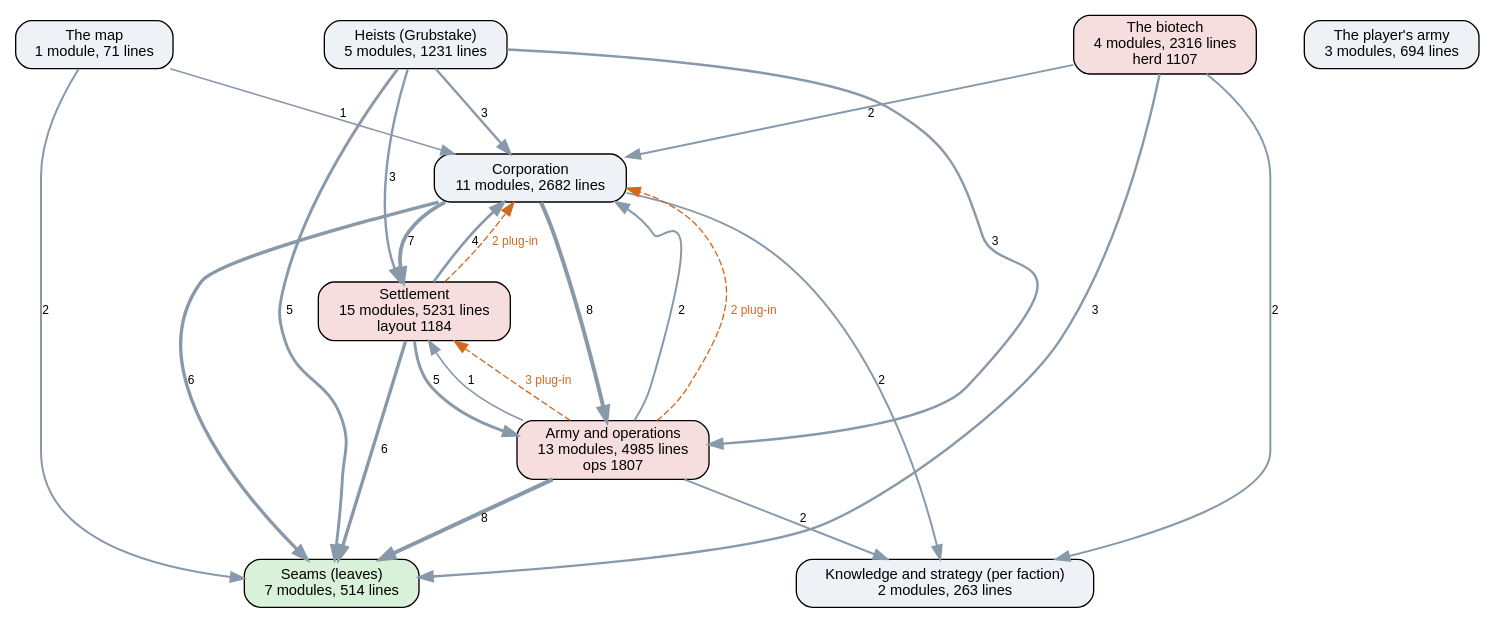
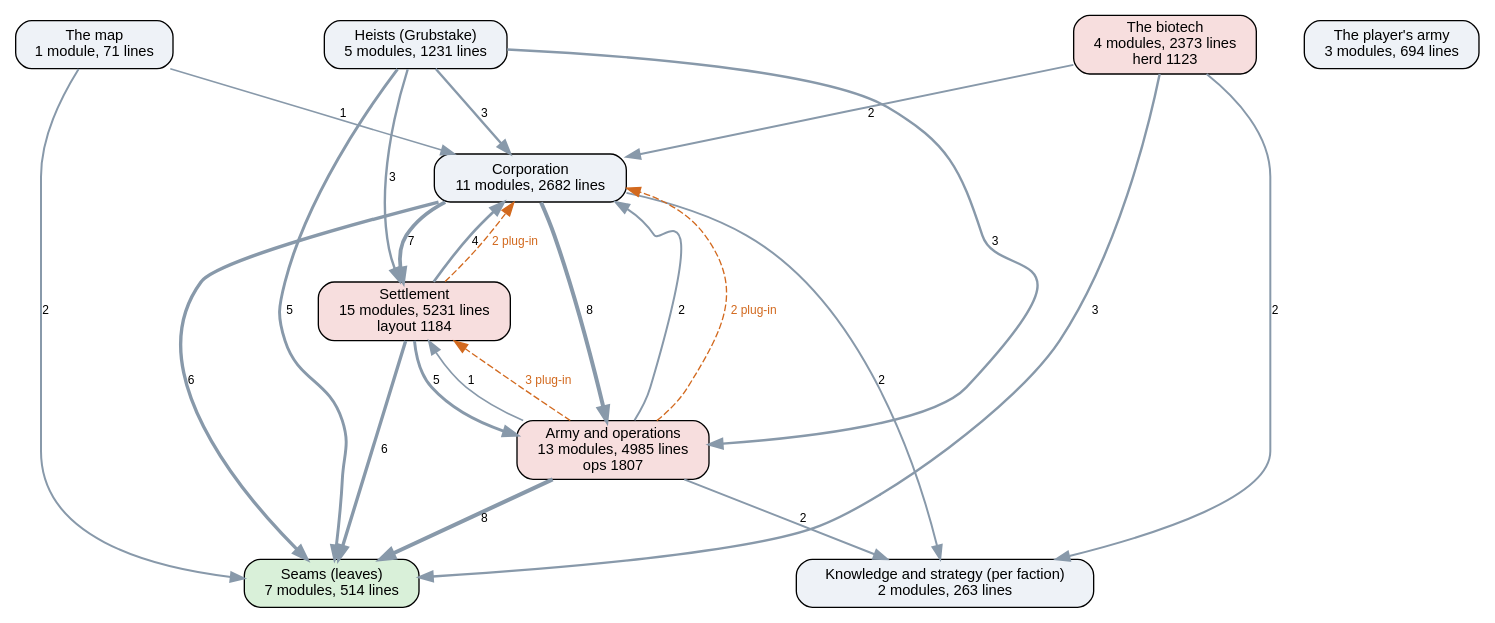
One commit to kinelhu/landing-party changed the diagram in docs/ai-layers.dot. Above: the diagram before and after it, drawn with Graphviz. The commit also changed 18 other files, not shown here.

```diff
--- a/docs/ai-layers.dot
+++ b/docs/ai-layers.dot
@@ -1,37 +1,37 @@
 digraph layers {
   graph [rankdir=TB, fontname="Helvetica", nodesep=0.5, ranksep=0.7];
   node [shape=box, style="rounded,filled", fontname="Helvetica", fontsize=11, fillcolor="#eef2f7"];
   edge [color="#8899aa", fontname="Helvetica", fontsize=9];
   "Seams (leaves)" [label="Seams (leaves)\n7 modules, 514 lines", fillcolor="#d9f0d9"];
   "Knowledge and strategy (per faction)" [label="Knowledge and strategy (per faction)\n2 modules, 263 lines", fillcolor="#eef2f7"];
   "Corporation" [label="Corporation\n11 modules, 2682 lines", fillcolor="#eef2f7"];
   "Settlement" [label="Settlement\n15 modules, 5231 lines\nlayout 1184", fillcolor="#f7dede"];
   "Army and operations" [label="Army and operations\n13 modules, 4985 lines\nops 1807", fillcolor="#f7dede"];
   "Heists (Grubstake)" [label="Heists (Grubstake)\n5 modules, 1231 lines", fillcolor="#eef2f7"];
-  "The biotech" [label="The biotech\n4 modules, 2316 lines\nherd 1107", fillcolor="#f7dede"];
+  "The biotech" [label="The biotech\n4 modules, 2373 lines\nherd 1123", fillcolor="#f7dede"];
   "The map" [label="The map\n1 module, 71 lines", fillcolor="#eef2f7"];
   "The player's army" [label="The player's army\n3 modules, 694 lines", fillcolor="#eef2f7"];
   "Army and operations" -> "Corporation" [label="2", penwidth=1.5];
   "Army and operations" -> "Knowledge and strategy (per faction)" [label="2", penwidth=1.5];
   "Army and operations" -> "Seams (leaves)" [label="8", penwidth=3.0];
   "Army and operations" -> "Settlement" [label="1", penwidth=1.2];
   "Corporation" -> "Army and operations" [label="8", penwidth=3.0];
   "Corporation" -> "Knowledge and strategy (per faction)" [label="2", penwidth=1.5];
   "Corporation" -> "Seams (leaves)" [label="6", penwidth=2.5];
   "Corporation" -> "Settlement" [label="7", penwidth=2.8];
   "Heists (Grubstake)" -> "Army and operations" [label="3", penwidth=1.8];
   "Heists (Grubstake)" -> "Corporation" [label="3", penwidth=1.8];
   "Heists (Grubstake)" -> "Seams (leaves)" [label="5", penwidth=2.2];
   "Heists (Grubstake)" -> "Settlement" [label="3", penwidth=1.8];
   "Settlement" -> "Army and operations" [label="5", penwidth=2.2];
   "Settlement" -> "Corporation" [label="4", penwidth=2.0];
   "Settlement" -> "Seams (leaves)" [label="6", penwidth=2.5];
   "The biotech" -> "Corporation" [label="2", penwidth=1.5];
   "The biotech" -> "Knowledge and strategy (per faction)" [label="2", penwidth=1.5];
   "The biotech" -> "Seams (leaves)" [label="3", penwidth=1.8];
   "The map" -> "Corporation" [label="1", penwidth=1.2];
   "The map" -> "Seams (leaves)" [label="2", penwidth=1.5];
   "Army and operations" -> "Corporation" [style=dashed, color="#d2691e", fontcolor="#d2691e", label="2 plug-in"];
   "Army and operations" -> "Settlement" [style=dashed, color="#d2691e", fontcolor="#d2691e", label="3 plug-in"];
   "Settlement" -> "Corporation" [style=dashed, color="#d2691e", fontcolor="#d2691e", label="2 plug-in"];
 }
```
